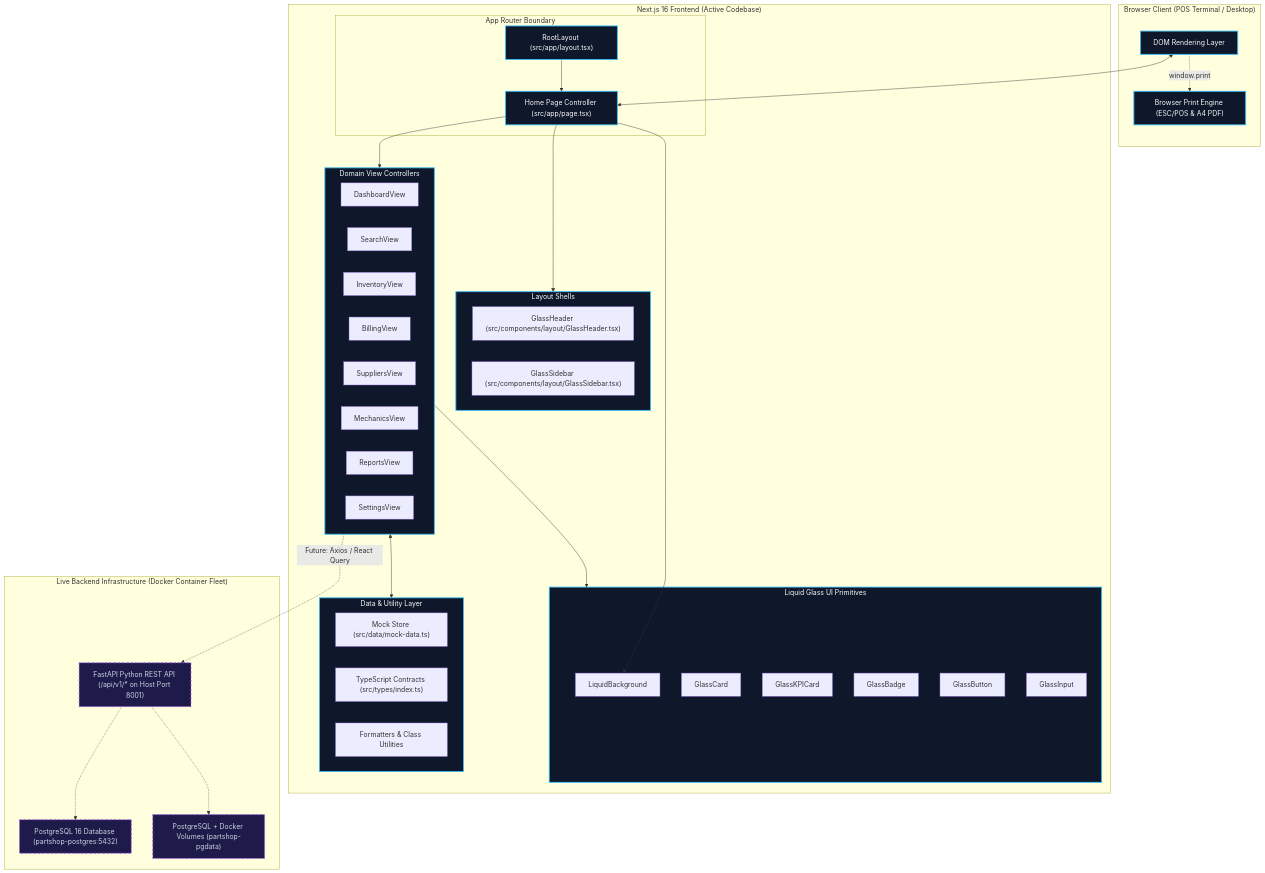
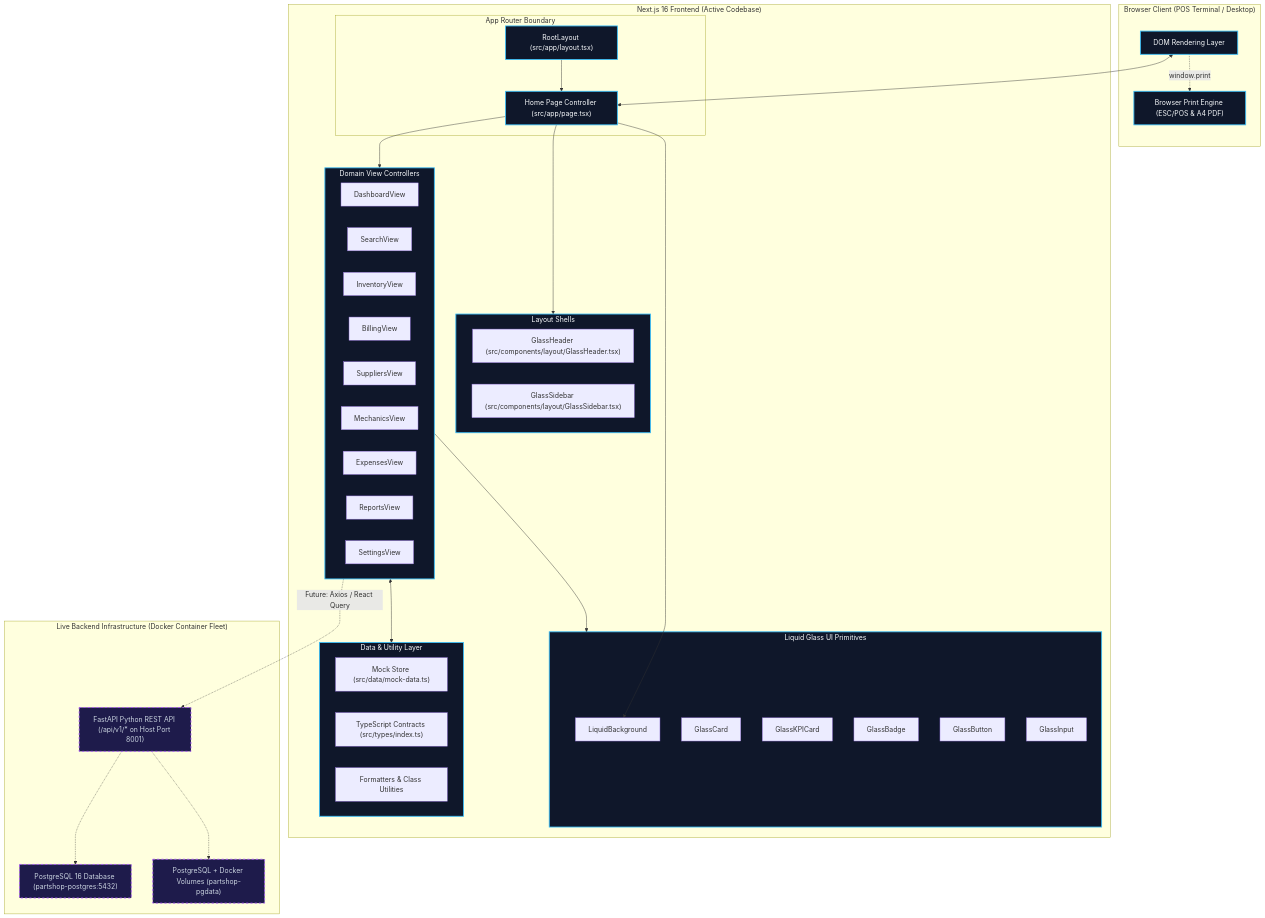
Before and after one commit to biswajit-rout/PartShop: the first of 6 diagrams in docs/ui-architecture.md, drawn with Mermaid. The commit also changed other lines of this file and 47 other files, not shown here.

Commit message:
Milestone-10-Mobile barcode scanner and realtime stock flow completed.

````diff
--- a/docs/ui-architecture.md
+++ b/docs/ui-architecture.md
@@ -52,70 +52,71 @@
 ```mermaid
 flowchart TD
     subgraph BrowserClient["Browser Client (POS Terminal / Desktop)"]
         DOM["DOM Rendering Layer"]
         PrintEngine["Browser Print Engine (ESC/POS & A4 PDF)"]
     end
 
     subgraph FrontendApp["Next.js 16 Frontend (Active Codebase)"]
         subgraph AppRouter["App Router Boundary"]
             RootLayout["RootLayout (src/app/layout.tsx)"]
             RootPage["Home Page Controller (src/app/page.tsx)"]
         end
 
         subgraph ShellLayout["Layout Shells"]
             GlassHeader["GlassHeader (src/components/layout/GlassHeader.tsx)"]
             GlassSidebar["GlassSidebar (src/components/layout/GlassSidebar.tsx)"]
         end
 
         subgraph ViewControllers["Domain View Controllers"]
             DV["DashboardView"]
             SCV["SearchView"]
             IV["InventoryView"]
             BV["BillingView"]
             SV["SuppliersView"]
             MV["MechanicsView"]
+            EV["ExpensesView"]
             RV["ReportsView"]
             STV["SettingsView"]
         end
 
         subgraph GlassPrimitives["Liquid Glass UI Primitives"]
             LB["LiquidBackground"]
             GC["GlassCard"]
             GKPI["GlassKPICard"]
             GB["GlassBadge"]
             GBT["GlassButton"]
             GI["GlassInput"]
         end
 
         subgraph MockDataLayer["Data & Utility Layer"]
             MockData["Mock Store (src/data/mock-data.ts)"]
             Types["TypeScript Contracts (src/types/index.ts)"]
             Utils["Formatters & Class Utilities"]
         end
     end
 
     subgraph LiveBackend["Live Backend Infrastructure (Docker Container Fleet)"]
         FastAPI["FastAPI Python REST API (/api/v1/* on Host Port 8001)"]
         PostgreSQL["PostgreSQL 16 Database (partshop-postgres:5432)"]
         StorageEngine["PostgreSQL + Docker Volumes (partshop-pgdata)"]
     end
 
     DOM <--> RootPage
     DOM -.->|window.print| PrintEngine
     RootLayout --> RootPage
     RootPage --> ShellLayout
     RootPage --> ViewControllers
     RootPage --> LB
     ViewControllers --> GlassPrimitives
     ViewControllers <--> MockDataLayer
     
     %% Planned Integration Points
     ViewControllers -.->|Future: Axios / React Query| FastAPI
     FastAPI -.-> PostgreSQL
     FastAPI -.-> StorageEngine
 
     classDef implemented fill:#0f172a,stroke:#38bdf8,stroke-width:2px,color:#f8fafc;
     classDef planned fill:#1e1b4b,stroke:#a855f7,stroke-dasharray: 5 5,stroke-width:2px,color:#cbd5e1;
     class RootLayout,RootPage,ShellLayout,ViewControllers,GlassPrimitives,MockDataLayer,DOM,PrintEngine implemented;
     class PlannedBackend,FastAPI,PostgreSQL,StorageEngine planned;
 ```
````
